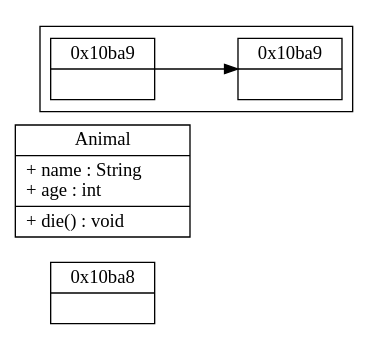
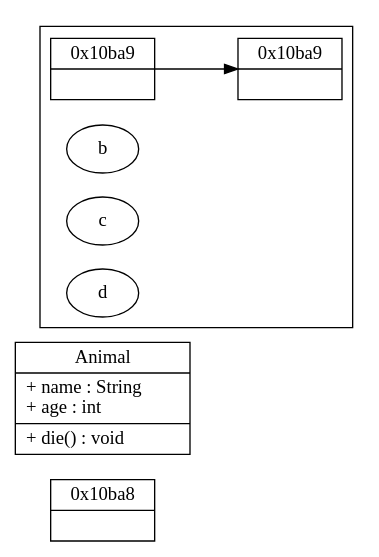
The diagram in dpdk/内存管理.md (sisyphus1212/note), drawn with Graphviz before and after one commit.

Commit message:
auto_update

````diff
--- a/dpdk/内存管理.md
+++ b/dpdk/内存管理.md
@@ -16,30 +16,31 @@
 ```graphviz
 digraph {
 	rankdir=LR;
 	"node0" [
 		label = "0x10ba8| <f1>"
 		shape = "record"
 	];
 	subgraph cluster_0 {
 
 	}
 	"Animal" [
 		label = "Animal | + name : String\l+ age : int\l |+ die() : void\l",
 		shape = "record"
 	];
 	subgraph cluster_1 {
 		rankdir=TB;
 		"node1" [
 			label = "0x10ba9| <f1>"
 			shape = "record"
 		];
 	   "node2" [
 			label = "0x10ba9| <f1>"
 			shape = "record"
 		];
 		node1 -> node2;
+		{ rank=same; b, c, d }
 	}
 }
 
 
 ```
````
